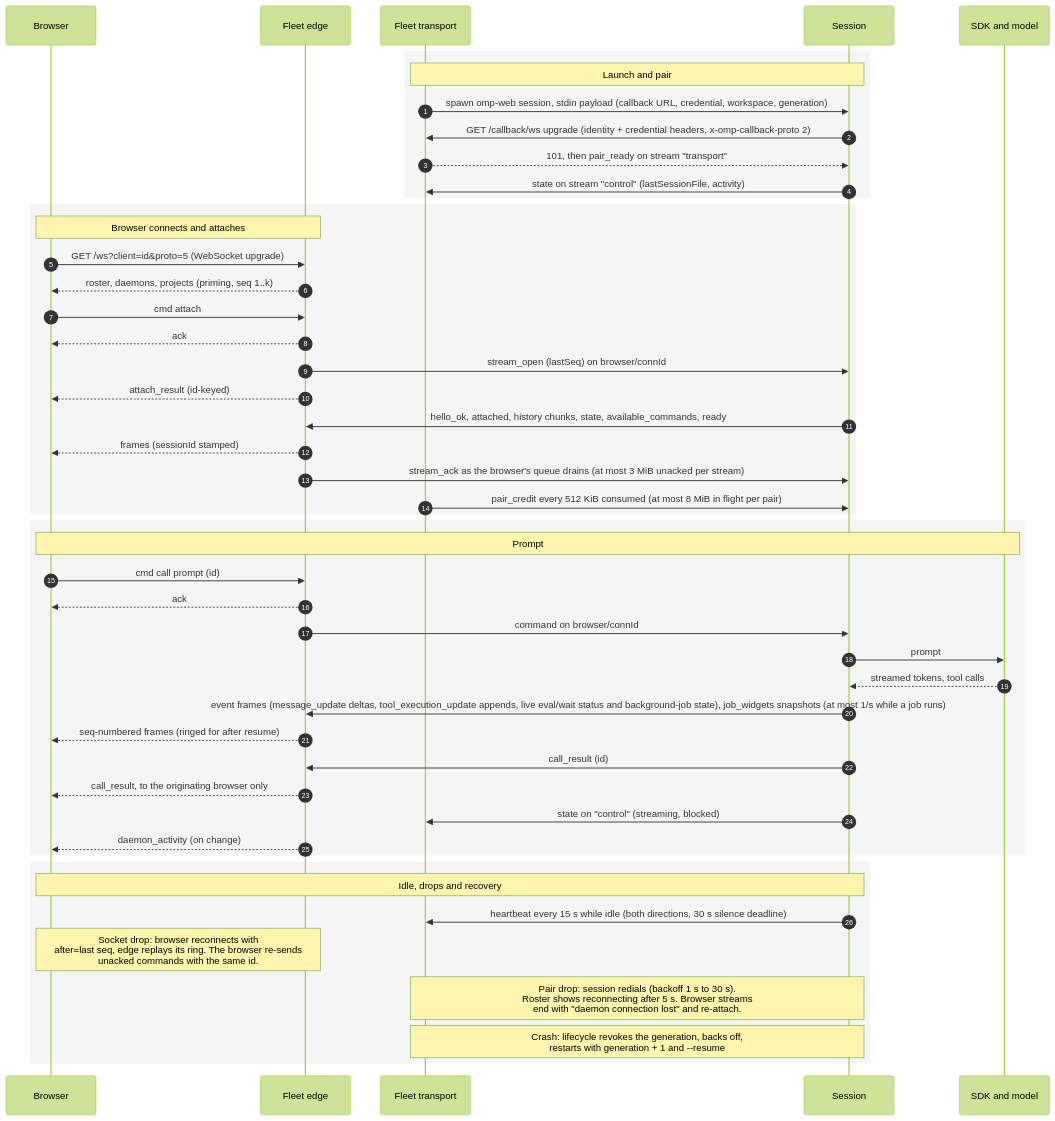
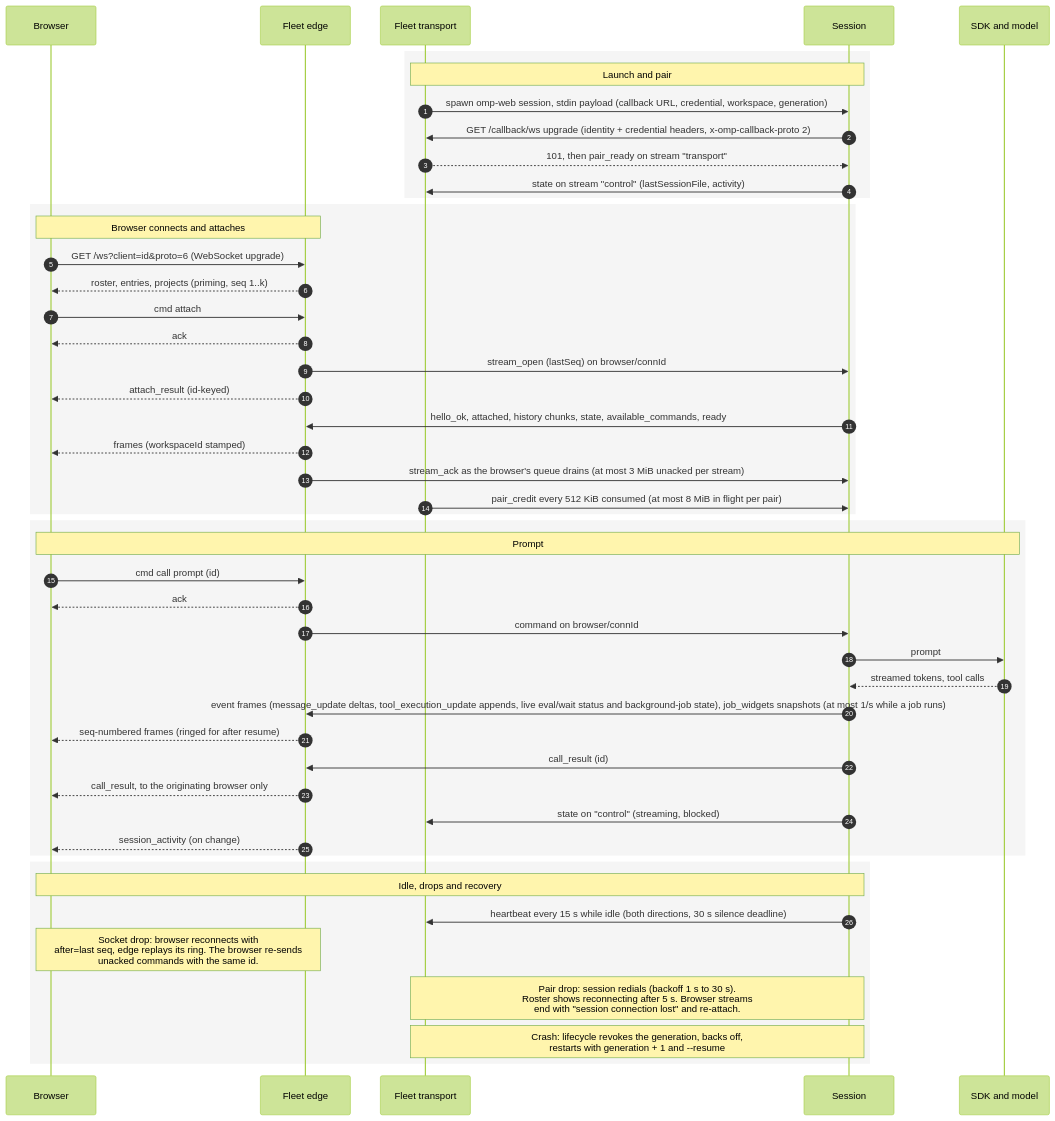
Before and after one commit to nibblebot/omp-web: the second of 2 diagrams in docs/architecture.md, drawn with Mermaid (forest theme). The commit also changed other lines of this file and 399 other files, not shown here.

First line of the commit message:
refactor: rename the session process from daemon to session/workspace; OMP_PROTO 6 (3a8h)

````diff
--- a/docs/architecture.md
+++ b/docs/architecture.md
@@ -64,54 +64,54 @@
 ```mermaid
 sequenceDiagram
   autonumber
   participant B as Browser
   participant E as Fleet edge
   participant T as Fleet transport
   participant S as Session
   participant M as SDK and model
 
   rect rgba(128,128,128,0.08)
   Note over T,S: Launch and pair
   T->>S: spawn omp-web session, stdin payload (callback URL, credential, workspace, generation)
   S->>T: GET /callback/ws upgrade (identity + credential headers, x-omp-callback-proto 2)
   T-->>S: 101, then pair_ready on stream "transport"
   S->>T: state on stream "control" (lastSessionFile, activity)
   end
 
   rect rgba(128,128,128,0.08)
   Note over B,E: Browser connects and attaches
-  B->>E: GET /ws?client=id&proto=5 (WebSocket upgrade)
-  E-->>B: roster, daemons, projects (priming, seq 1..k)
+  B->>E: GET /ws?client=id&proto=6 (WebSocket upgrade)
+  E-->>B: roster, entries, projects (priming, seq 1..k)
   B->>E: cmd attach
   E-->>B: ack
   E->>S: stream_open (lastSeq) on browser/connId
   E-->>B: attach_result (id-keyed)
   S->>E: hello_ok, attached, history chunks, state, available_commands, ready
-  E-->>B: frames (sessionId stamped)
+  E-->>B: frames (workspaceId stamped)
   E->>S: stream_ack as the browser's queue drains (at most 3 MiB unacked per stream)
   T->>S: pair_credit every 512 KiB consumed (at most 8 MiB in flight per pair)
   end
 
   rect rgba(128,128,128,0.08)
   Note over B,M: Prompt
   B->>E: cmd call prompt (id)
   E-->>B: ack
   E->>S: command on browser/connId
   S->>M: prompt
   M-->>S: streamed tokens, tool calls
   S->>E: event frames (message_update deltas, tool_execution_update appends, live eval/wait status and background-job state), job_widgets snapshots (at most 1/s while a job runs)
   E-->>B: seq-numbered frames (ringed for after resume)
   S->>E: call_result (id)
   E-->>B: call_result, to the originating browser only
   S->>T: state on "control" (streaming, blocked)
-  E-->>B: daemon_activity (on change)
+  E-->>B: session_activity (on change)
   end
 
   rect rgba(128,128,128,0.08)
   Note over B,S: Idle, drops and recovery
   S->>T: heartbeat every 15 s while idle (both directions, 30 s silence deadline)
   Note over B,E: Socket drop: browser reconnects with<br/>after=last seq, edge replays its ring. The browser re-sends<br/>unacked commands with the same id.
-  Note over T,S: Pair drop: session redials (backoff 1 s to 30 s).<br/>Roster shows reconnecting after 5 s. Browser streams<br/>end with "daemon connection lost" and re-attach.
+  Note over T,S: Pair drop: session redials (backoff 1 s to 30 s).<br/>Roster shows reconnecting after 5 s. Browser streams<br/>end with "session connection lost" and re-attach.
   Note over T,S: Crash: lifecycle revokes the generation, backs off,<br/>restarts with generation + 1 and --resume
   end
 ```
````
